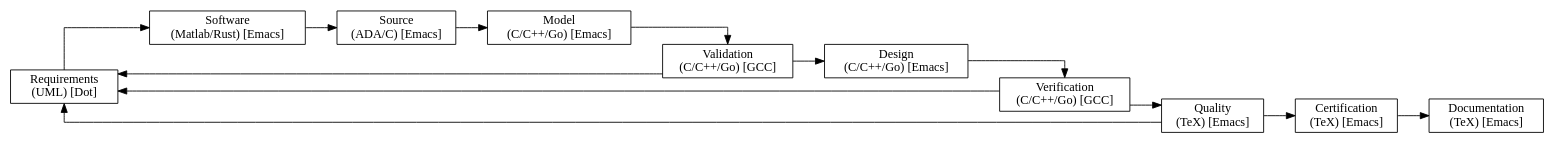
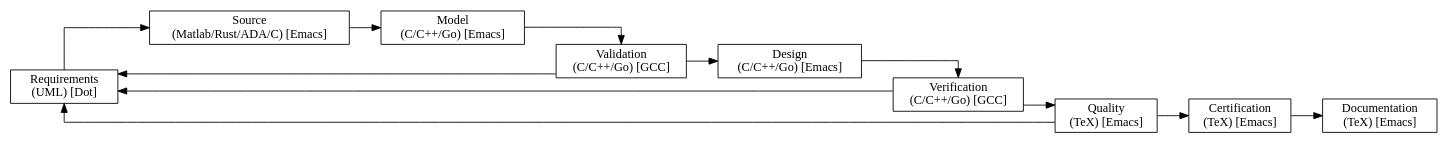
Before and after one commit to PacoReinaCampo/MPSoC-OR1K: the diagram in doc/book/assets/chapter2/software-project.dot, drawn with Graphviz. The commit also changed other lines of this file and 9 other files, not shown here.

```diff
--- a/doc/book/assets/chapter2/software-project.dot
+++ b/doc/book/assets/chapter2/software-project.dot
@@ -1,33 +1,31 @@
 digraph Project {
   // Introduction
   graph [rankdir = LR, splines=ortho];
   node[shape=record];
 
   // Blocks
   Requirements[label="Requirements \n(UML) [Dot]"];
-  Software[label="Software \n(Matlab/Rust) [Emacs]"];
-  Source[label="Source \n(ADA/C) [Emacs]"];
+  Source[label="Source \n(Matlab/Rust/ADA/C) [Emacs]"];
   Model[label="Model \n(C/C++/Go) [Emacs]"];
   Validation[label="Validation \n(C/C++/Go) [GCC]"];
   Design[label="Design \n(C/C++/Go) [Emacs]"];
   Verification[label="Verification \n(C/C++/Go) [GCC]"];
   Quality[label="Quality \n(TeX) [Emacs]"];
   Certification[label="Certification \n(TeX) [Emacs]"];
   Documentation[label="Documentation \n(TeX) [Emacs]"];
 
   // Sequence
-  Requirements -> Software;
-  Software -> Source;
+  Requirements -> Source;
   Source -> Model;
   Model -> Validation;
   Validation -> Design;
   Design -> Verification;
   Verification -> Quality;
   Quality -> Certification;
   Certification -> Documentation;
 
   // Feedback
   Validation -> Requirements;
   Verification -> Requirements;
   Quality -> Requirements;
 }
```
